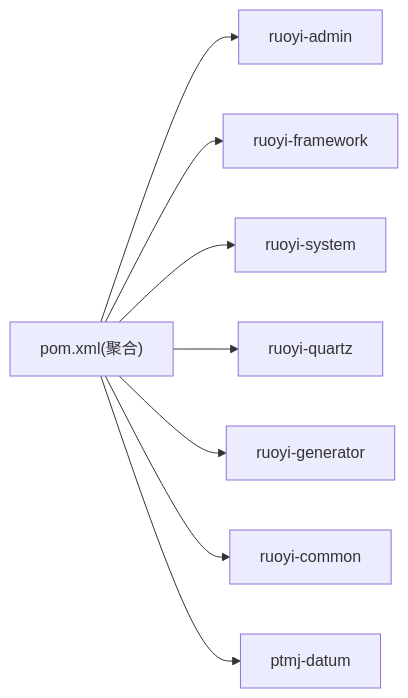
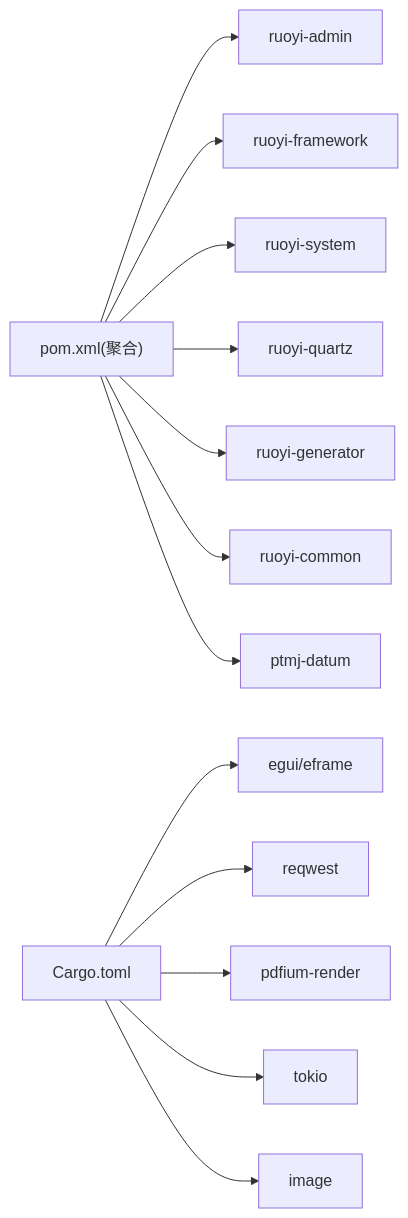
Before and after one commit to PezMax/PezMax-One: the third of 3 diagrams in repowiki/zh/content/系统架构设计/系统架构设计.md, drawn with Mermaid. The commit also changed other lines of this file and 12 other files, not shown here.

````diff
--- a/repowiki/zh/content/系统架构设计/系统架构设计.md
+++ b/repowiki/zh/content/系统架构设计/系统架构设计.md
@@ -303,10 +161,15 @@
 ```mermaid
 graph LR
 Root["pom.xml(聚合)"] --> Admin["ruoyi-admin"]
 Root --> Framework["ruoyi-framework"]
 Root --> System["ruoyi-system"]
 Root --> Quartz["ruoyi-quartz"]
 Root --> Generator["ruoyi-generator"]
 Root --> Common["ruoyi-common"]
 Root --> Datum["ptmj-datum"]
+Cargo["Cargo.toml"] --> Egui["egui/eframe"]
+Cargo --> Reqwest["reqwest"]
+Cargo --> Pdfium["pdfium-render"]
+Cargo --> Tokio["tokio"]
+Cargo --> Image["image"]
 ```
````
